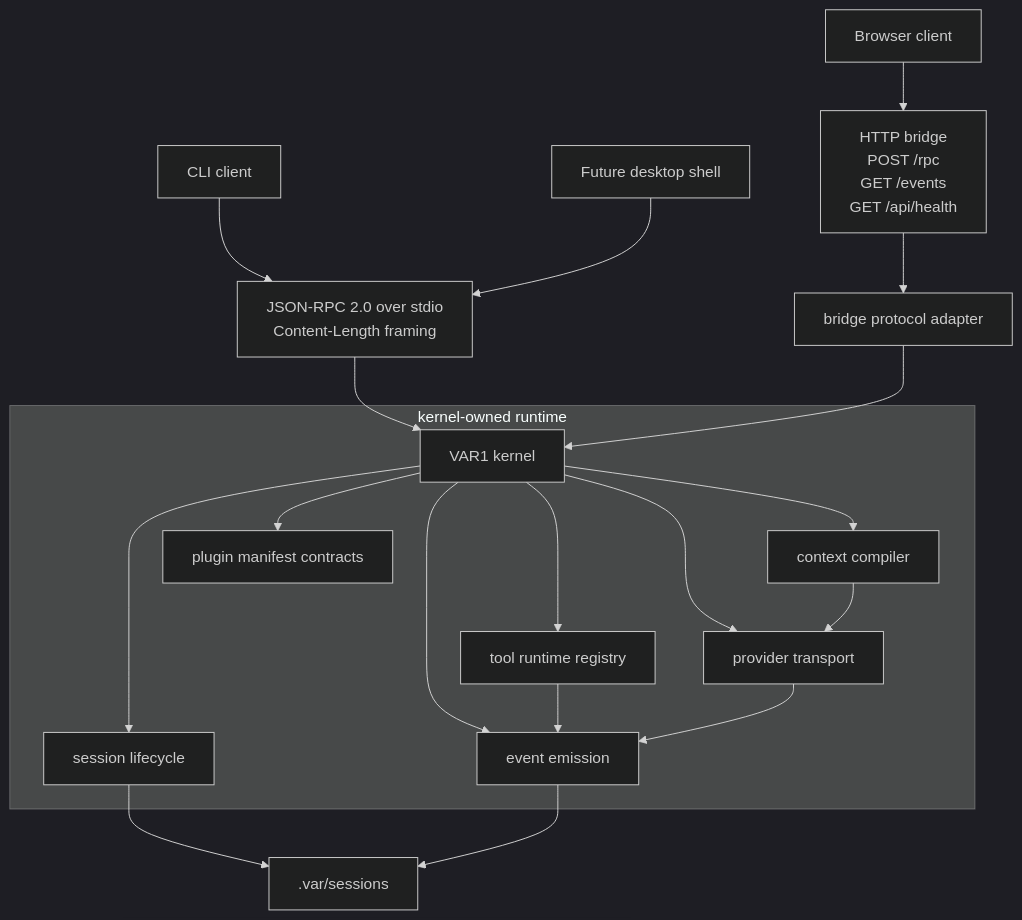
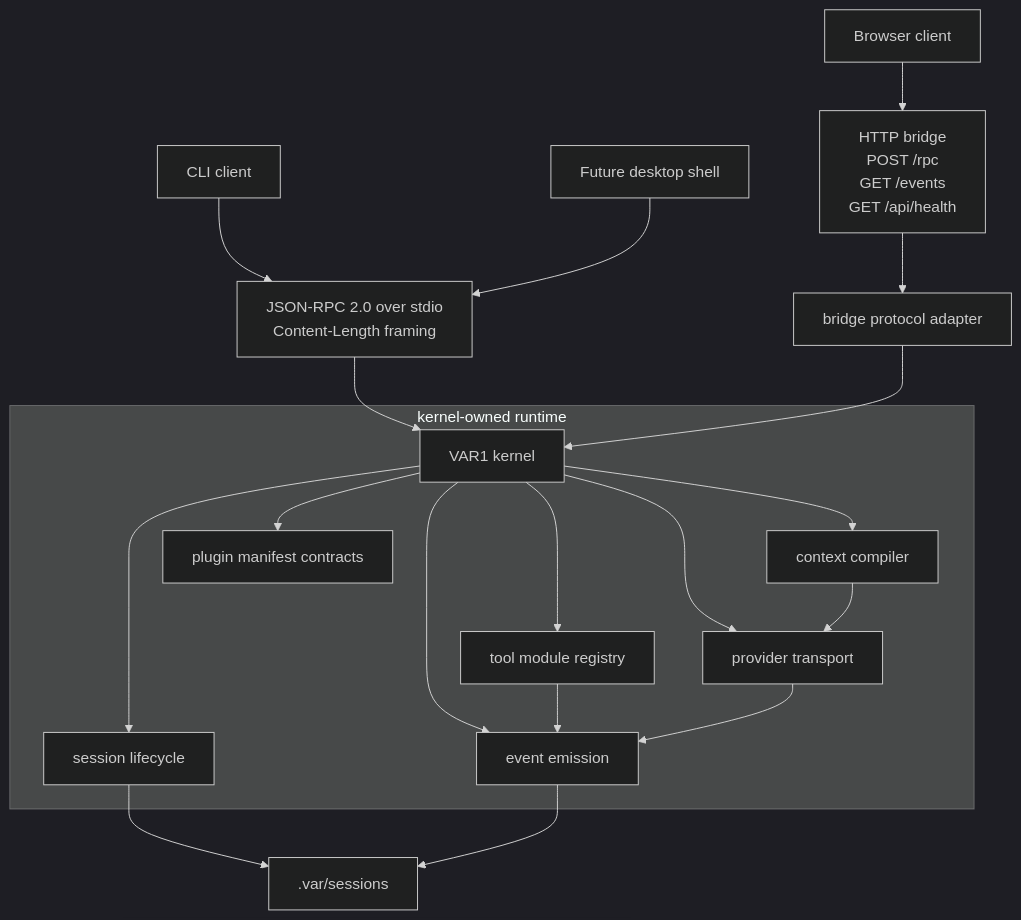
Before and after one commit to savageops/VANTARI-ONE: the first of 3 diagrams in README.md, drawn with Mermaid (dark theme). The commit also changed other lines of this file and 31 other files, not shown here.

````diff
--- a/README.md
+++ b/README.md
@@ -65,29 +65,29 @@
 ```mermaid
 flowchart TB
   cli["CLI client"]
   browser["Browser client"]
   desktop["Future desktop shell"]
 
   cli --> stdio["JSON-RPC 2.0 over stdio<br/>Content-Length framing"]
   desktop --> stdio
   browser --> bridge["HTTP bridge<br/>POST /rpc<br/>GET /events<br/>GET /api/health"]
 
   bridge --> adapter["bridge protocol adapter"]
   stdio --> kernel["VAR1 kernel"]
   adapter --> kernel
 
   subgraph core["kernel-owned runtime"]
     kernel --> sessions["session lifecycle"]
     kernel --> context["context compiler"]
-    kernel --> tools["tool runtime registry"]
+    kernel --> tools["tool module registry"]
     kernel --> plugins["plugin manifest contracts"]
     kernel --> provider["provider transport"]
     kernel --> events["event emission"]
   end
 
   sessions --> sessionState[".var/sessions"]
   context --> provider
   tools --> events
   provider --> events
   events --> sessionState
 ```
````
